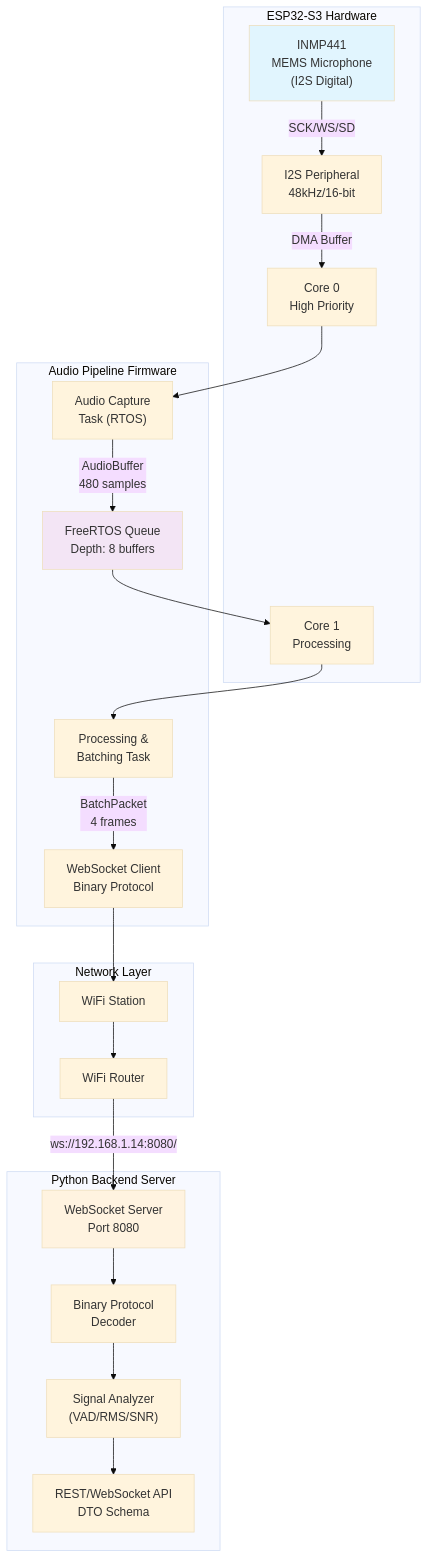
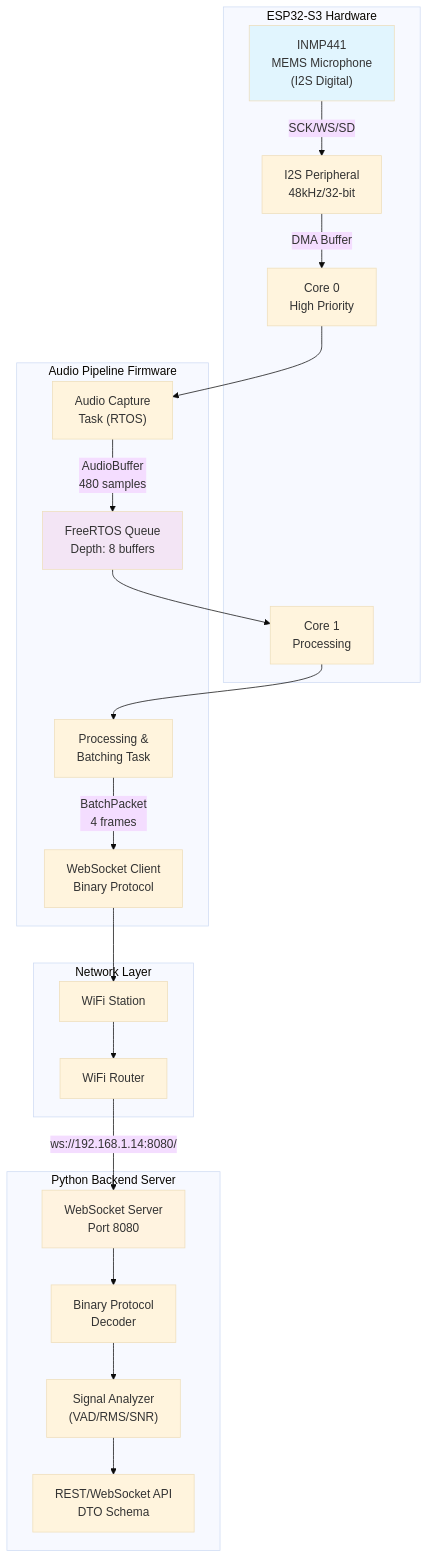
The first of 4 diagrams in README.md (trung-kieen/esp32-noise-suppression), drawn with Mermaid (base theme) before and after one commit. The commit also changed other lines of this file and 5 other files, not shown here.

````diff
--- a/README.md
+++ b/README.md
@@ -7,46 +7,46 @@
 ```mermaid
 flowchart TB
     subgraph ESP32["ESP32-S3 Hardware"]
         INMP441["INMP441<br/>MEMS Microphone<br/>(I2S Digital)"]
-        I2S["I2S Peripheral<br/>48kHz/16-bit"]
+        I2S["I2S Peripheral<br/>48kHz/32-bit"]
         CORE0["Core 0<br/>High Priority"]
         CORE1["Core 1<br/>Processing"]
     end
     
     subgraph Firmware["Audio Pipeline Firmware"]
         CAPTURE["Audio Capture<br/>Task (RTOS)"]
         QUEUE["FreeRTOS Queue<br/>Depth: 8 buffers"]
         PROCESS["Processing &<br/>Batching Task"]
         WS_CLIENT["WebSocket Client<br/>Binary Protocol"]
     end
     
     subgraph Network["Network Layer"]
         WIFI["WiFi Station"]
         ROUTER["WiFi Router"]
     end
     
     subgraph Server["Python Backend Server"]
         WS_SERVER["WebSocket Server<br/>Port 8080"]
         DECODER["Binary Protocol<br/>Decoder"]
         ANALYZER["Signal Analyzer<br/>(VAD/RMS/SNR)"]
         API["REST/WebSocket API<br/>DTO Schema"]
     end
     
     INMP441 -->|"SCK/WS/SD"| I2S
     I2S -->|"DMA Buffer"| CORE0
     CORE0 --> CAPTURE
     CAPTURE -->|"AudioBuffer<br/>480 samples"| QUEUE
     QUEUE --> CORE1
     CORE1 --> PROCESS
     PROCESS -->|"BatchPacket<br/>4 frames"| WS_CLIENT
     WS_CLIENT --> WIFI
     WIFI --> ROUTER
     ROUTER -->|"ws://192.168.1.14:8080/"| WS_SERVER
     WS_SERVER --> DECODER
     DECODER --> ANALYZER
     ANALYZER --> API
     
     style INMP441 fill:#e1f5fe
     style WS_SERVER fill:#fff3e0
     style QUEUE fill:#f3e5f5
 ```
````
